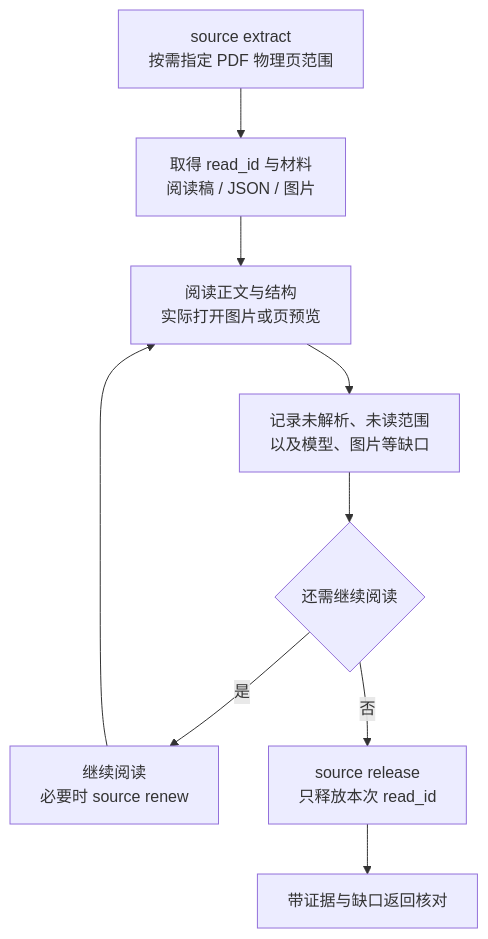
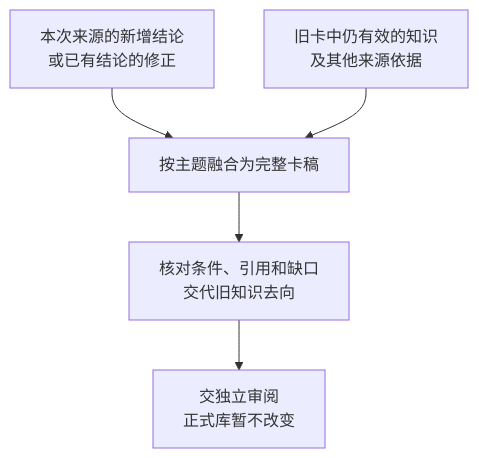
One commit to Robin-hhc/FactumCore changed the fifth of 7 diagrams in himate/himate-knowledge-wifi-mp/docs-llm-wiki/知识库详细设计.md. Above: the diagram before and after it, drawn with Mermaid. The commit also changed other lines of this file, not shown here.

First line of the commit message:
docs: explain search and ingest with logical diagrams

````diff
--- a/himate/himate-knowledge-wifi-mp/docs-llm-wiki/知识库详细设计.md
+++ b/himate/himate-knowledge-wifi-mp/docs-llm-wiki/知识库详细设计.md
@@ -169,11 +212,7 @@
 ```mermaid
 flowchart TD
-    A["source extract<br/>按需指定 PDF 物理页范围"] --> B["取得 read_id 与材料<br/>阅读稿 / JSON / 图片"]
-    B --> C["阅读正文与结构<br/>实际打开图片或页预览"]
-    C --> D["记录未解析、未读范围<br/>以及模型、图片等缺口"]
-    D --> E{"还需继续阅读"}
-    E -->|是| F["继续阅读<br/>必要时 source renew"]
-    F --> C
-    E -->|否| G["source release<br/>只释放本次 read_id"]
-    G --> H["带证据与缺口返回核对"]
+    A["本次来源的新增结论<br/>或已有结论的修正"] --> C["按主题融合为完整卡稿"]
+    B["旧卡中仍有效的知识<br/>及其他来源依据"] --> C
+    C --> D["核对条件、引用和缺口<br/>交代旧知识去向"]
+    D --> E["交独立审阅<br/>正式库暂不改变"]
 ```
````
